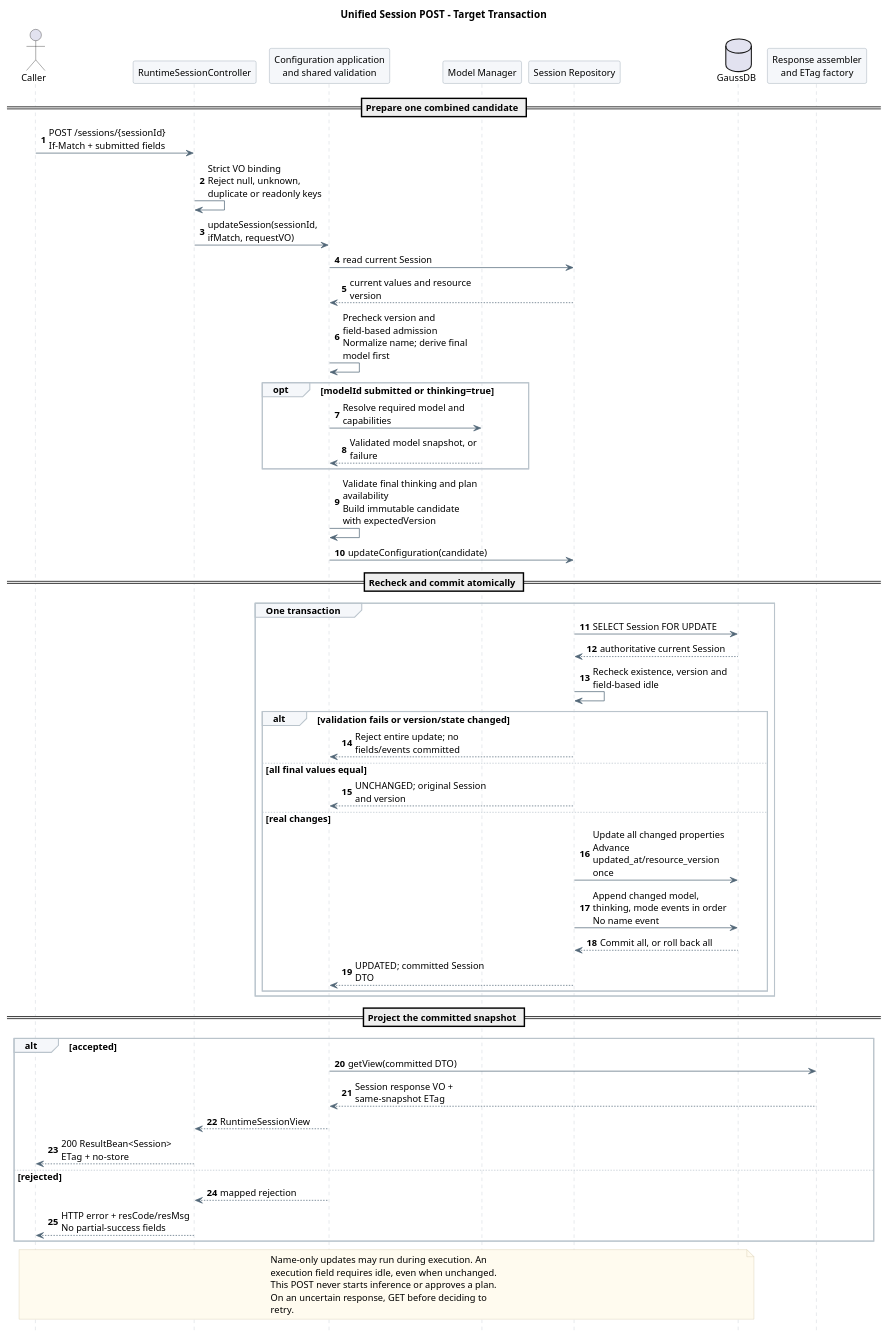
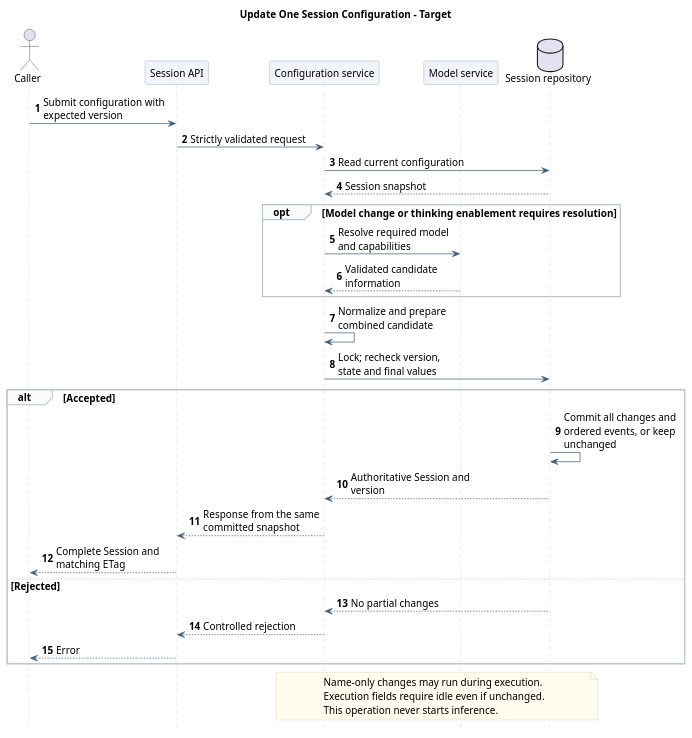
The second of 2 diagrams in 01-总体架构/01-CampusClaw多Agent运行时/设计图/会话配置/diagram.puml (ssm0808/pi-mono-java-design), drawn with PlantUML before and after one commit. The commit also changed 120 other files, not shown here.

Commit message:
docs(diagrams): 统一全仓职责级时序图表达与校验

```diff
--- a/01-总体架构/01-CampusClaw多Agent运行时/设计图/会话配置/diagram.puml
+++ b/01-总体架构/01-CampusClaw多Agent运行时/设计图/会话配置/diagram.puml
@@ -106,78 +106,57 @@
 @startuml http_session_update
-skinparam backgroundColor white
-skinparam defaultFontName SansSerif
-skinparam defaultFontSize 13
-skinparam shadowing false
-skinparam sequenceMessageAlign left
-skinparam maxMessageSize 190
-skinparam sequenceArrowColor #526777
-skinparam sequenceLifeLineBorderColor #BAC4CC
-skinparam sequenceParticipantBackgroundColor #F5F7FA
-skinparam sequenceParticipantBorderColor #8496A4
-skinparam sequenceGroupBackgroundColor #F5F7FA
-skinparam sequenceGroupBorderColor #BAC4CC
-skinparam noteBackgroundColor #FFFBEF
-skinparam noteBorderColor #D2C6A5
-hide footbox
-autonumber
 ' Source baseline: pi-mono-java 09b32d8ea4a4b43b34be302d8b2745bdc417c9a2.
 ' Source: modules/coding-agent-cli/src/main/java/com/campusclaw/codingagent/runtimeapi/persistence/MyBatisRuntimeSessionRepository.java :: rejectConfigurationUpdate, appendConfigurationEntries.
 ' Source: modules/coding-agent-cli/src/main/java/com/campusclaw/codingagent/runtimeapi/session/RuntimeSessionResponseAssembler.java :: getView.
 ' Observed behavior: existing configuration writes use row locks and durable events.
 ' Design reason: resolve a combined target before a single version-checked transaction.
 ' Java divergence: unified POST and atomic four-property update are pending implementation.
-title Unified Session POST - Target Transaction
+' Presentation: one responsibility-level scenario; implementation details remain in the linked document.
+skinparam backgroundColor white
+skinparam defaultFontName SansSerif
+skinparam defaultFontSize 14
+skinparam shadowing false
+skinparam sequenceMessageAlign left
+skinparam maxMessageSize 180
+skinparam sequenceArrowColor #425B70
+skinparam sequenceLifeLineBorderColor #BAC4CC
+skinparam sequenceParticipantBackgroundColor #F1F5F9
+skinparam sequenceParticipantBorderColor #8496A4
+skinparam sequenceGroupBackgroundColor #FAFBFC
+skinparam sequenceGroupBorderColor #BAC4CC
+skinparam noteBackgroundColor #FFFBEF
+skinparam noteBorderColor #D2C6A5
+hide footbox
+autonumber
+
+title Update One Session Configuration - Target
 actor Caller
-participant "RuntimeSessionController" as API
-participant "Configuration application\nand shared validation" as App
-participant "Model Manager" as Models
-participant "Session Repository" as Repo
-database GaussDB as DB
-participant "Response assembler\nand ETag factory" as Response
-== Prepare one combined candidate ==
-Caller -> API : POST /sessions/{sessionId}\nIf-Match + submitted fields
-API -> API : Strict VO binding\nReject null, unknown, duplicate or readonly keys
-API -> App : updateSession(sessionId, ifMatch, requestVO)
-App -> Repo : read current Session
-Repo --> App : current values and resource version
-App -> App : Precheck version and field-based admission\nNormalize name; derive final model first
-opt modelId submitted or thinking=true
+participant "Session API" as API
+participant "Configuration service" as App
+participant "Model service" as Models
+database "Session repository" as Repo
+Caller -> API : Submit configuration with expected version
+API -> App : Strictly validated request
+App -> Repo : Read current configuration
+Repo --> App : Session snapshot
+opt Model change or thinking enablement requires resolution
   App -> Models : Resolve required model and capabilities
-  Models --> App : Validated model snapshot, or failure
+  Models --> App : Validated candidate information
 end
-App -> App : Validate final thinking and plan availability\nBuild immutable candidate with expectedVersion
-App -> Repo : updateConfiguration(candidate)
-== Recheck and commit atomically ==
-group One transaction
-  Repo -> DB : SELECT Session FOR UPDATE
-  DB --> Repo : authoritative current Session
-  Repo -> Repo : Recheck existence, version and field-based idle
-  alt validation fails or version/state changed
-    Repo --> App : Reject entire update; no fields/events committed
-  else all final values equal
-    Repo --> App : UNCHANGED; original Session and version
-  else real changes
-    Repo -> DB : Update all changed properties\nAdvance updated_at/resource_version once
-    Repo -> DB : Append changed model, thinking, mode events in order\nNo name event
-    DB --> Repo : Commit all, or roll back all
-    Repo --> App : UPDATED; committed Session DTO
-  end
+App -> App : Normalize and prepare combined candidate
+App -> Repo : Lock; recheck version, state and final values
+alt Accepted
+  Repo -> Repo : Commit all changes and ordered events, or keep unchanged
+  Repo --> App : Authoritative Session and version
+  App --> API : Response from the same committed snapshot
+  API --> Caller : Complete Session and matching ETag
+else Rejected
+  Repo --> App : No partial changes
+  App --> API : Controlled rejection
+  API --> Caller : Error
 end
-== Project the committed snapshot ==
-alt accepted
-  App -> Response : getView(committed DTO)
-  Response --> App : Session response VO + same-snapshot ETag
-  App --> API : RuntimeSessionView
-  API --> Caller : 200 ResultBean<Session>\nETag + no-store
-else rejected
-  App --> API : mapped rejection
-  API --> Caller : HTTP error + resCode/resMsg\nNo partial-success fields
-end
-note over Caller,DB
-  Name-only updates may run during execution. An
-  execution field requires idle, even when unchanged.
-  This POST never starts inference or approves a plan.
-  On an uncertain response, GET before deciding to
-  retry.
+note over App,Repo
+  Name-only changes may run during execution.
+  Execution fields require idle even if unchanged.
+  This operation never starts inference.
 end note
 @enduml
```
